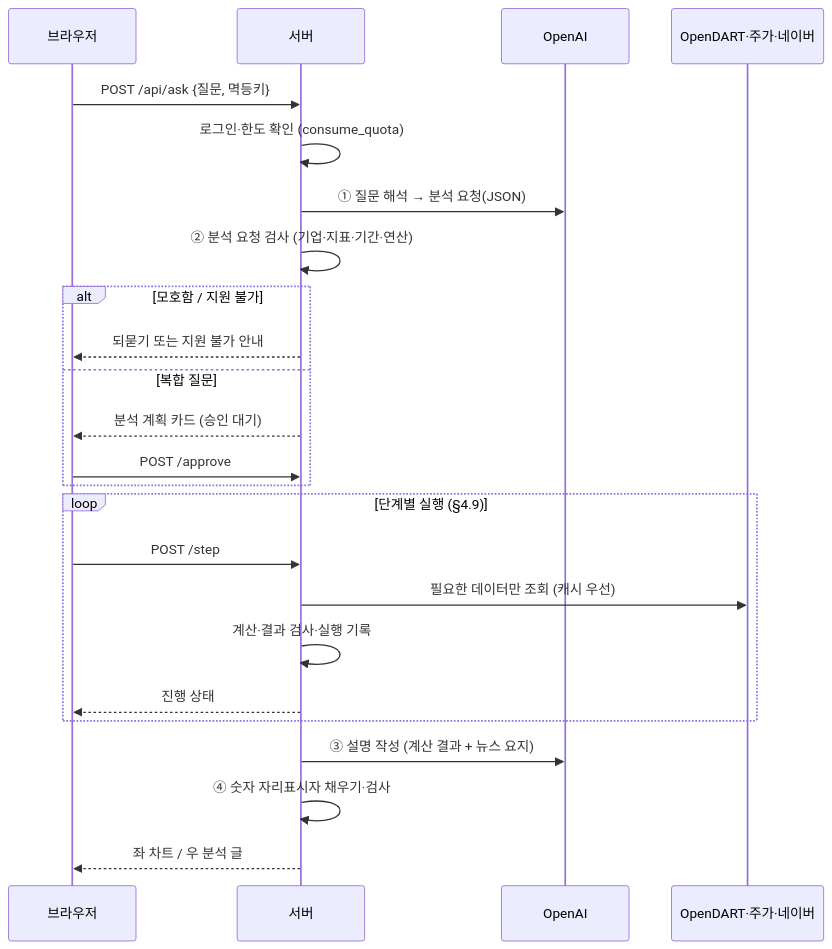
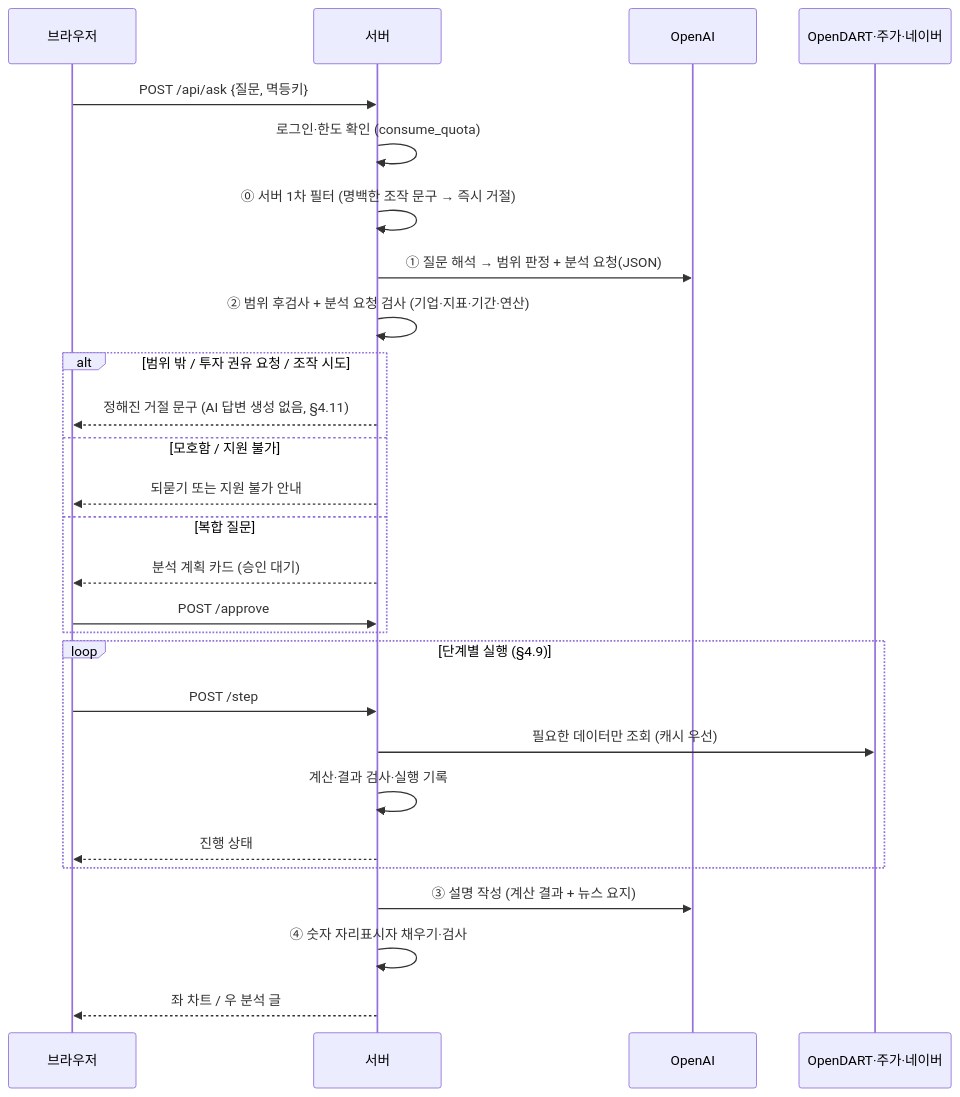
One commit to Benji5526/project_sleepyheads changed the second of 2 diagrams in DevelopDoc/TECH_SPEC.md. Above: the diagram before and after it, drawn with Mermaid. The commit also changed other lines of this file and 5 other files, not shown here.

````diff
--- a/DevelopDoc/TECH_SPEC.md
+++ b/DevelopDoc/TECH_SPEC.md
@@ -145,26 +147,29 @@
 ```mermaid
 sequenceDiagram
     participant B as 브라우저
     participant S as 서버
     participant AI as OpenAI
     participant EXT as OpenDART·주가·네이버
     B->>S: POST /api/ask {질문, 멱등키}
     S->>S: 로그인·한도 확인 (consume_quota)
-    S->>AI: ① 질문 해석 → 분석 요청(JSON)
-    S->>S: ② 분석 요청 검사 (기업·지표·기간·연산)
-    alt 모호함 / 지원 불가
+    S->>S: ⓪ 서버 1차 필터 (명백한 조작 문구 → 즉시 거절)
+    S->>AI: ① 질문 해석 → 범위 판정 + 분석 요청(JSON)
+    S->>S: ② 범위 후검사 + 분석 요청 검사 (기업·지표·기간·연산)
+    alt 범위 밖 / 투자 권유 요청 / 조작 시도
+        S-->>B: 정해진 거절 문구 (AI 답변 생성 없음, §4.11)
+    else 모호함 / 지원 불가
         S-->>B: 되묻기 또는 지원 불가 안내
     else 복합 질문
         S-->>B: 분석 계획 카드 (승인 대기)
         B->>S: POST /approve
     end
     loop 단계별 실행 (§4.9)
         B->>S: POST /step
         S->>EXT: 필요한 데이터만 조회 (캐시 우선)
         S->>S: 계산·결과 검사·실행 기록
         S-->>B: 진행 상태
     end
     S->>AI: ③ 설명 작성 (계산 결과 + 뉴스 요지)
     S->>S: ④ 숫자 자리표시자 채우기·검사
     S-->>B: 좌 차트 / 우 분석 글
 ```
````
